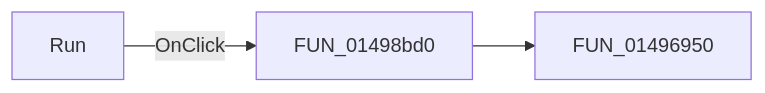
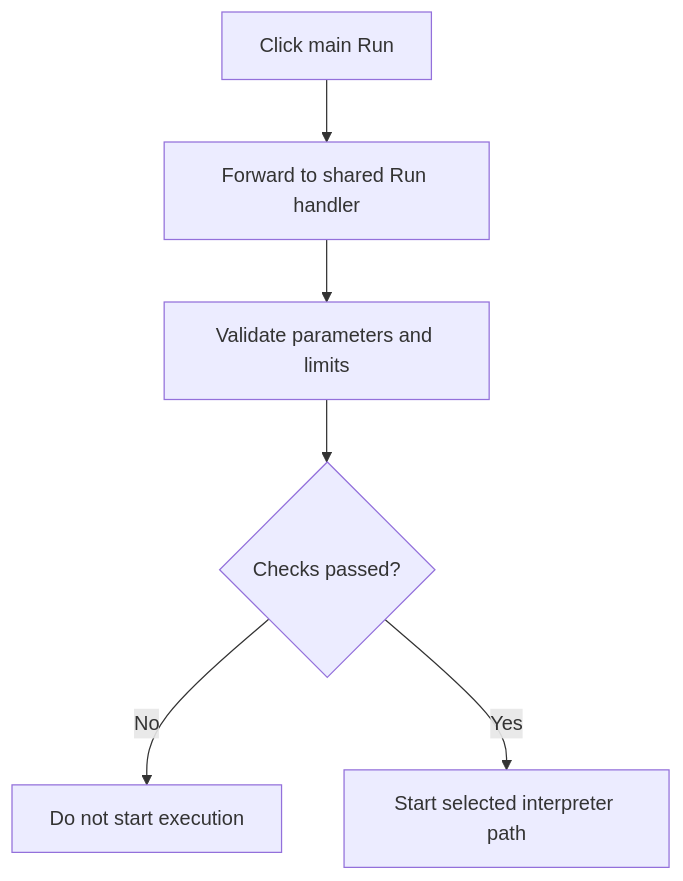
The diagram in docs/ui-controls/frmdesigntool/sbmainrun-336e1202b5.md (MovGP0/TIARA), drawn with Mermaid before and after one commit. The commit also changed other lines of this file and 387 other files, not shown here.

````diff
--- a/docs/ui-controls/frmdesigntool/sbmainrun-336e1202b5.md
+++ b/docs/ui-controls/frmdesigntool/sbmainrun-336e1202b5.md
@@ -27,5 +27,8 @@
 ```mermaid
-flowchart LR
-    control["Run"] -->|OnClick| handler["FUN_01498bd0"]
-    handler --> call1["FUN_01496950"]
+flowchart TD
+    click["Click main Run"] --> forward["Forward to shared Run handler"]
+    forward --> validate["Validate parameters and limits"]
+    validate --> valid{"Checks passed?"}
+    valid -->|No| stop["Do not start execution"]
+    valid -->|Yes| run["Start selected interpreter path"]
 ```
````
